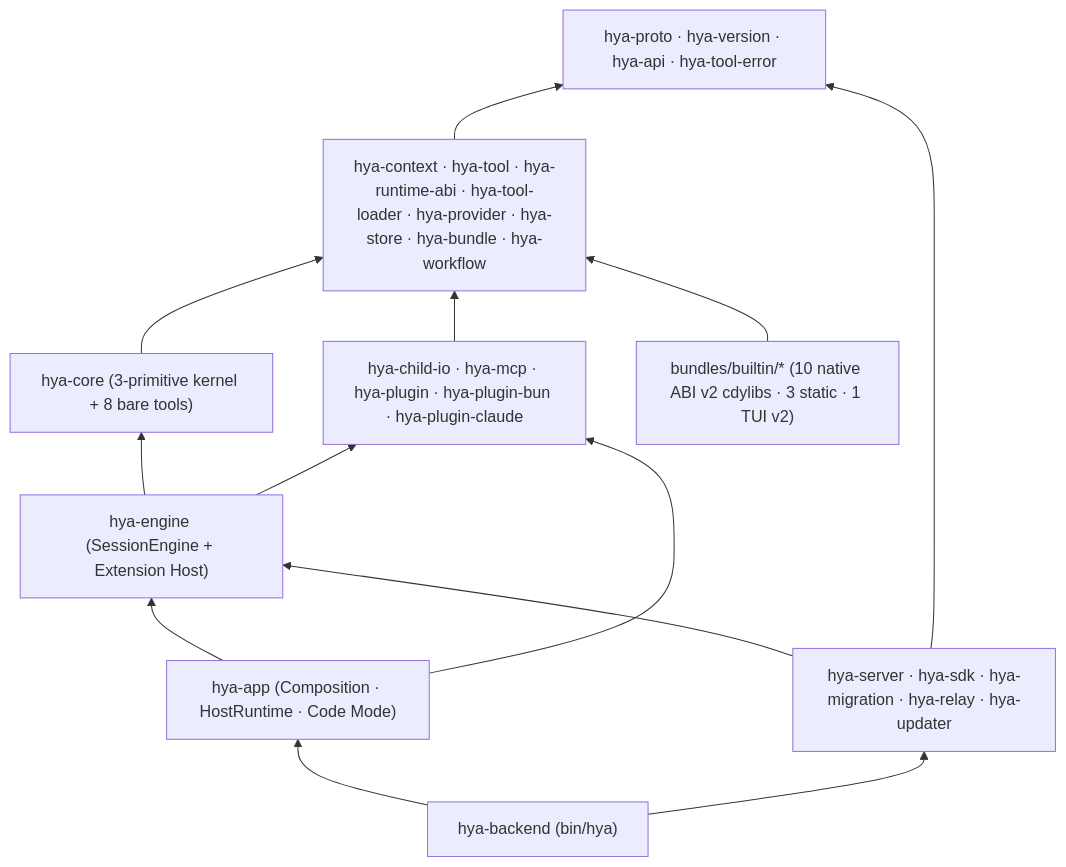
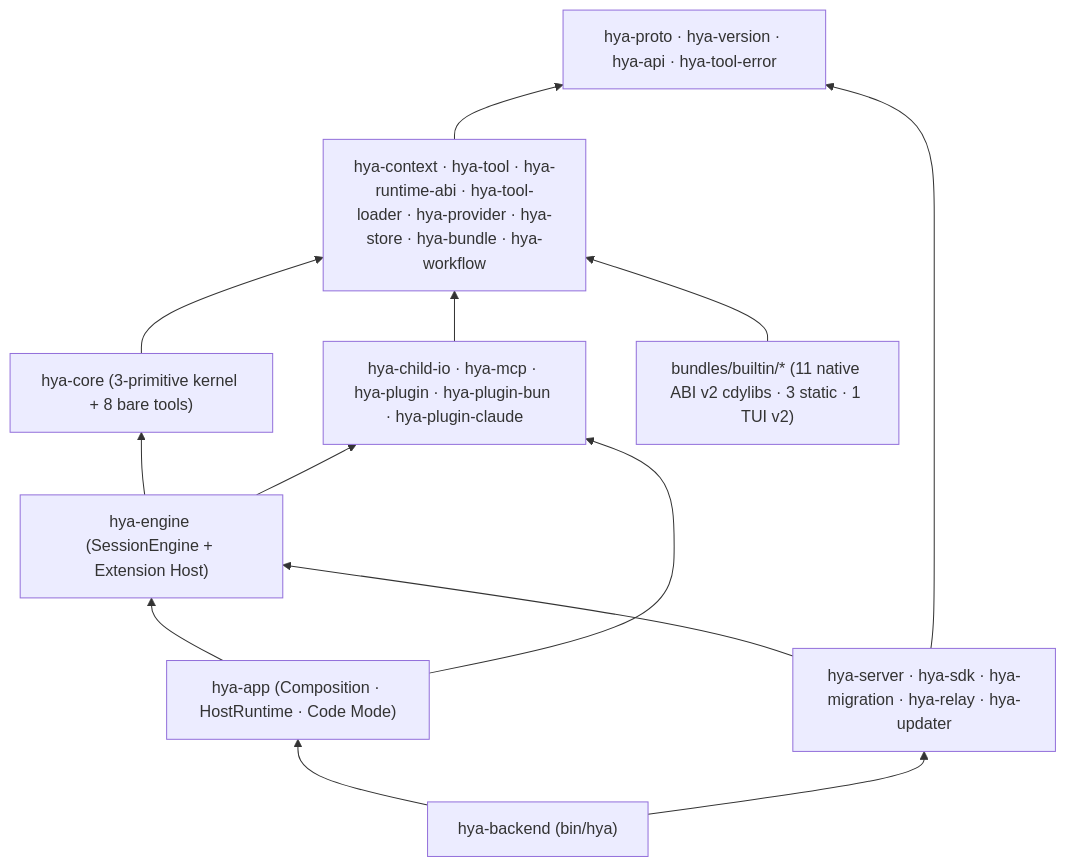
Before and after one commit to anyin233/hya: the diagram in docs/architecture/codebase-map.md, drawn with Mermaid. The commit also changed other lines of this file and 49 other files, not shown here.

````diff
--- a/docs/architecture/codebase-map.md
+++ b/docs/architecture/codebase-map.md
@@ -73,21 +73,21 @@
 ```mermaid
 flowchart BT
     Foundation["hya-proto · hya-version · hya-api · hya-tool-error"]
     Planes["hya-context · hya-tool · hya-runtime-abi · hya-tool-loader · hya-provider · hya-store · hya-bundle · hya-workflow"]
     Sidecars["hya-child-io · hya-mcp · hya-plugin · hya-plugin-bun · hya-plugin-claude"]
     Kernel["hya-core (3-primitive kernel + 8 bare tools)"]
     Engine["hya-engine (SessionEngine + Extension Host)"]
-    Bundles["bundles/builtin/* (10 native ABI v2 cdylibs · 3 static · 1 TUI v2)"]
+    Bundles["bundles/builtin/* (11 native ABI v2 cdylibs · 3 static · 1 TUI v2)"]
     App["hya-app (Composition · HostRuntime · Code Mode)"]
     Surface["hya-server · hya-sdk · hya-migration · hya-relay · hya-updater"]
     CLI["hya-backend (bin/hya)"]
 
     Planes --> Foundation
     Bundles --> Planes
     Sidecars --> Planes
     Kernel --> Planes
     Engine --> Kernel & Sidecars
     App --> Engine & Sidecars
     Surface --> Engine & Foundation
     CLI --> App & Surface
 ```
````
